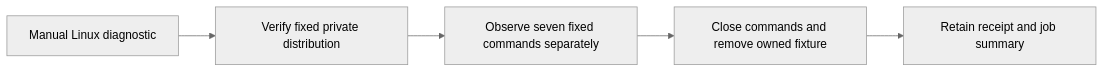
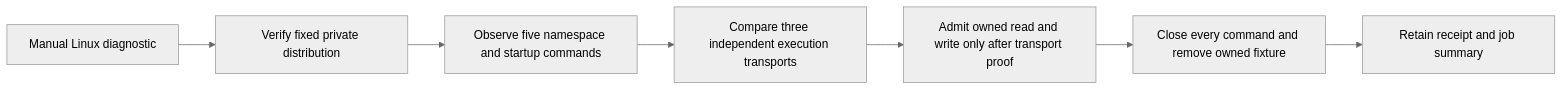
One commit to vypdev/copilot changed the second of 2 diagrams in specs/agent-runtime-provider-and-model-routing.md. Above: the diagram before and after it, drawn with Mermaid (neutral theme). The commit also changed other lines of this file and 197 other files, not shown here.

````diff
--- a/specs/agent-runtime-provider-and-model-routing.md
+++ b/specs/agent-runtime-provider-and-model-routing.md
@@ -949,7 +949,9 @@
 ```mermaid
 flowchart LR
     D[Manual Linux diagnostic] --> P[Verify fixed private distribution]
-    P --> O[Observe seven fixed commands separately]
-    O --> C[Close commands and remove owned fixture]
+    P --> O[Observe five namespace and startup commands]
+    O --> T[Compare three independent execution transports]
+    T --> G[Admit owned read and write only after transport proof]
+    G --> C[Close every command and remove owned fixture]
     C --> R[Retain receipt and job summary]
 ```
````
